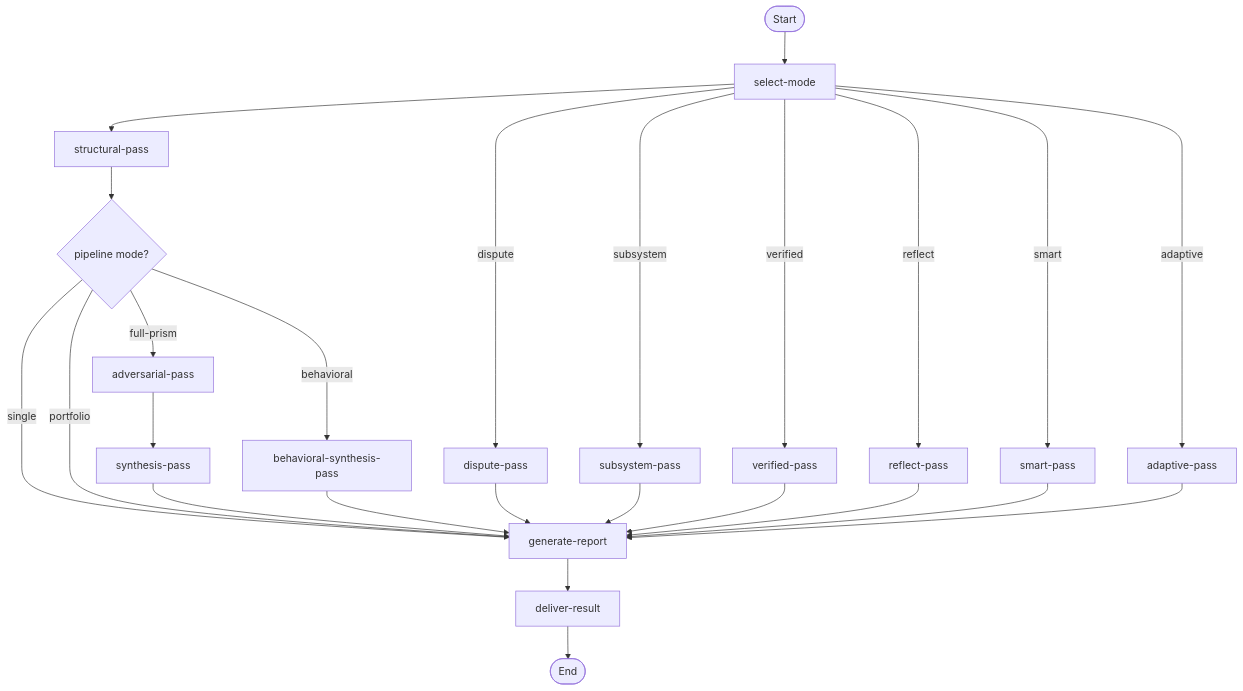
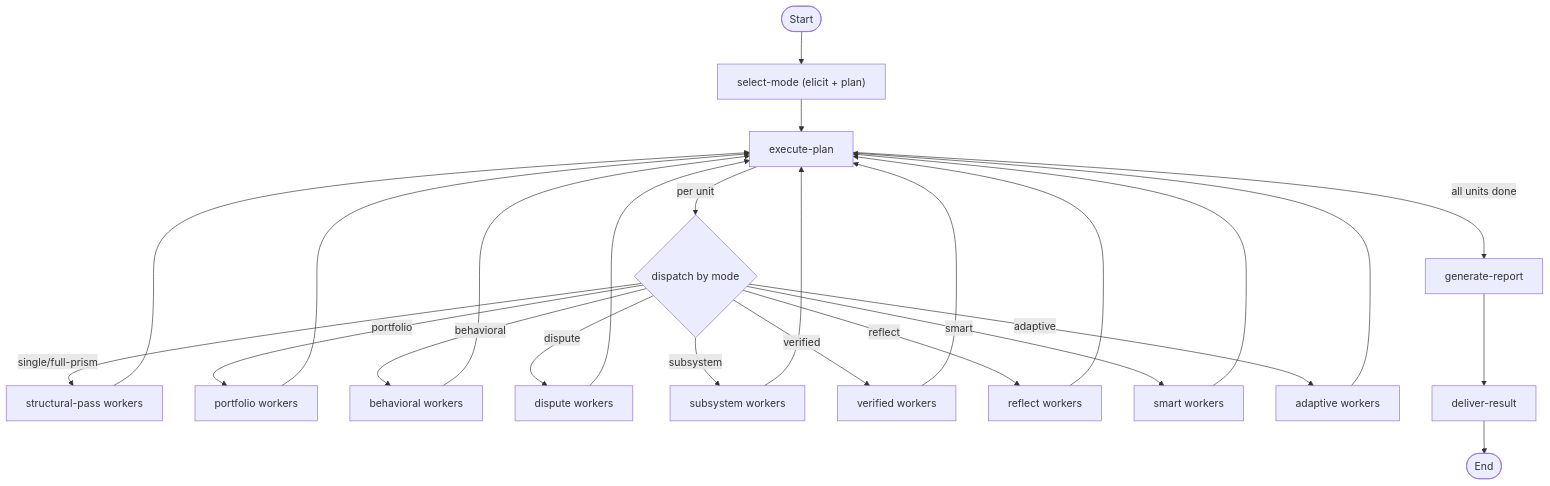
Before and after one commit to m2ux/workflow-server: the first of 2 diagrams in prism/README.md, drawn with Mermaid. The commit also changed other lines of this file and 7 other files, not shown here.

````diff
--- a/prism/README.md
+++ b/prism/README.md
@@ -130,30 +130,30 @@
 ```mermaid
 graph TD
-    Start([Start]) --> SM["select-mode"]
-    SM --> SP["structural-pass"]
-    SM -->|dispute| DP["dispute-pass"]
-    SM -->|subsystem| SUB["subsystem-pass"]
-    SM -->|verified| VP["verified-pass"]
-    SM -->|reflect| RP["reflect-pass"]
-    SM -->|smart| SMP["smart-pass"]
-    SM -->|adaptive| ADP["adaptive-pass"]
+    Start([Start]) --> SM["select-mode (elicit + plan)"]
+    SM --> EP["execute-plan"]
 
-    SP --> MODE{"pipeline mode?"}
-    MODE -->|"single"| GR["generate-report"]
-    MODE -->|"portfolio"| GR
-    MODE -->|"full-prism"| AP["adversarial-pass"]
-    MODE -->|"behavioral"| BSP["behavioral-synthesis-pass"]
+    EP --> |"per unit"| DISPATCH{"dispatch by mode"}
+    DISPATCH -->|"single/full-prism"| SP["structural-pass workers"]
+    DISPATCH -->|"portfolio"| PF["portfolio workers"]
+    DISPATCH -->|"behavioral"| BH["behavioral workers"]
+    DISPATCH -->|"dispute"| DP["dispute workers"]
+    DISPATCH -->|"subsystem"| SUB["subsystem workers"]
+    DISPATCH -->|"verified"| VP["verified workers"]
+    DISPATCH -->|"reflect"| RP["reflect workers"]
+    DISPATCH -->|"smart"| SMP["smart workers"]
+    DISPATCH -->|"adaptive"| ADP["adaptive workers"]
 
-    AP --> SYN["synthesis-pass"]
-    SYN --> GR
+    SP --> EP
+    PF --> EP
+    BH --> EP
+    DP --> EP
+    VP --> EP
+    RP --> EP
+    SMP --> EP
+    SUB --> EP
+    ADP --> EP
 
-    BSP --> GR
-    DP --> GR
-    SUB --> GR
-    VP --> GR
-    RP --> GR
-    SMP --> GR
-    ADP --> GR
+    EP -->|"all units done"| GR["generate-report"]
     GR --> DR["deliver-result"]
     DR --> Done([End])
 ```
````
